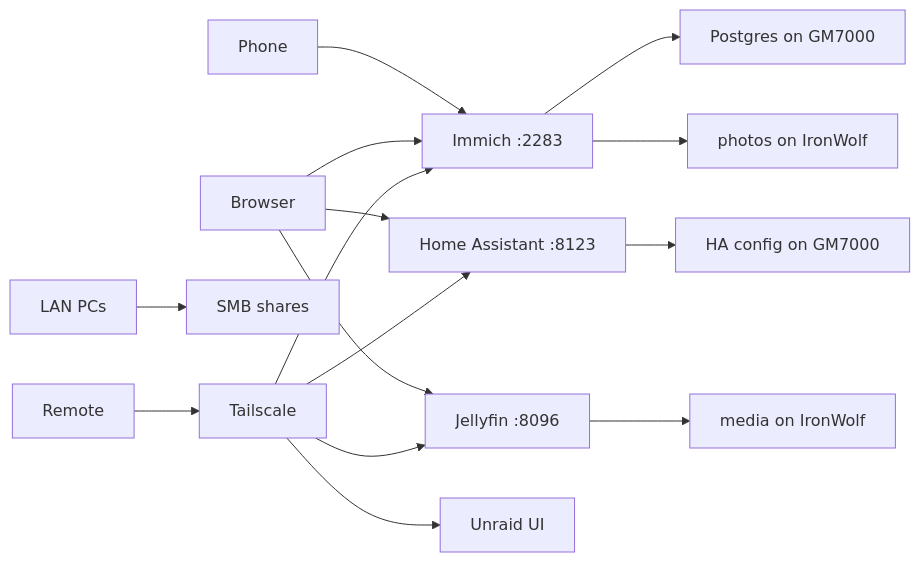
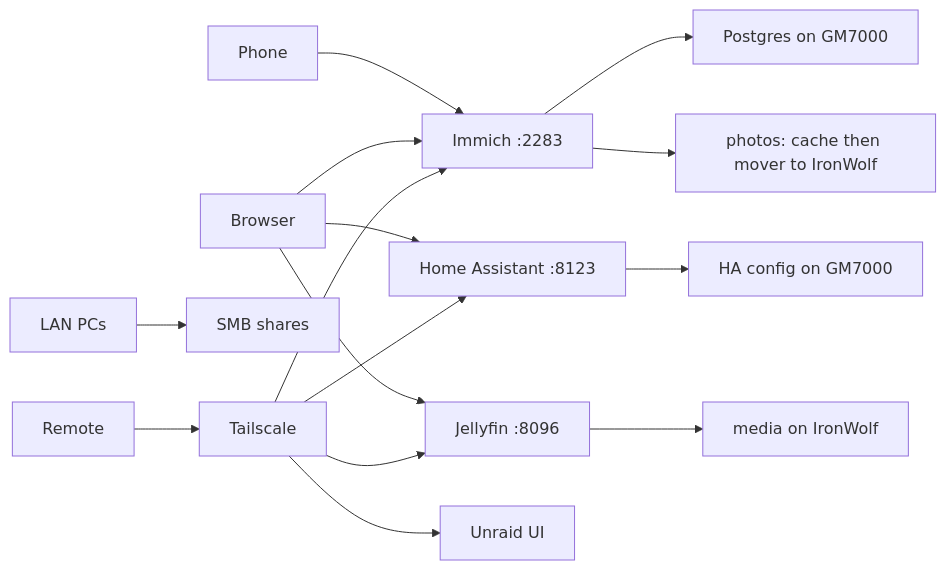
Before and after one commit to brianperreras/brian-home-server: the third of 3 diagrams in diagrams/architecture.md, drawn with Mermaid. The commit also changed other lines of this file and 8 other files, not shown here.

````diff
--- a/diagrams/architecture.md
+++ b/diagrams/architecture.md
@@ -31,17 +33,17 @@
 ```mermaid
 flowchart LR
     PHONE[Phone] --> IMMICH[Immich :2283]
     BROWSER[Browser] --> IMMICH
     BROWSER --> HA[Home Assistant :8123]
     BROWSER --> JF[Jellyfin :8096]
     LAN[LAN PCs] --> SMB[SMB shares]
     IMMICH --> PG[Postgres on GM7000]
-    IMMICH --> LIB[photos on IronWolf]
+    IMMICH --> LIB[photos: cache then mover to IronWolf]
     JF --> MEDIA[media on IronWolf]
     HA --> CFG[HA config on GM7000]
     REMOTE[Remote] --> TS[Tailscale]
     TS --> IMMICH
     TS --> HA
     TS --> JF
     TS --> UNRAID[Unraid UI]
 ```
````
